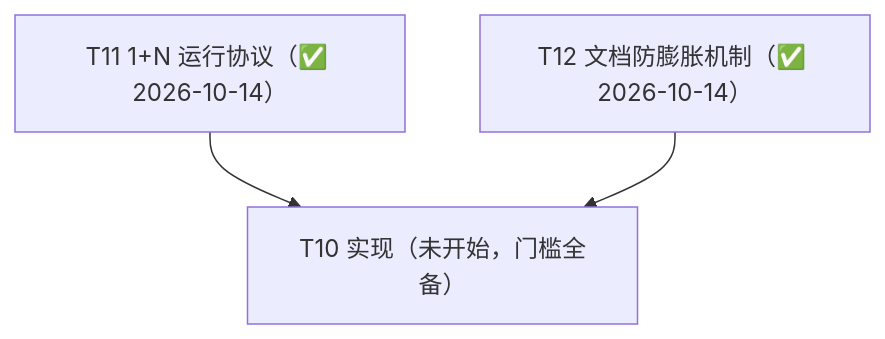
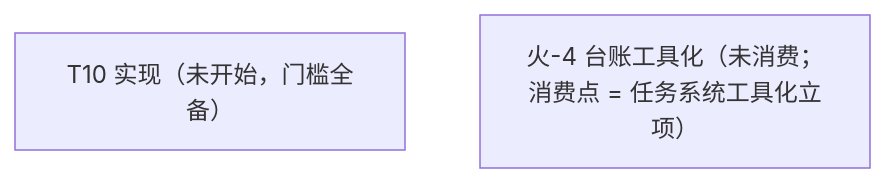
The diagram in docs/backlog.md (metis-mind/metis), drawn with Mermaid before and after one commit. The commit also changed other lines of this file and 2 other files, not shown here.

First line of the commit message:
docs(process): converge backlog closeouts out, sparks onto graph

````diff
--- a/docs/backlog.md
+++ b/docs/backlog.md
@@ -18,5 +20,5 @@
 ```mermaid
 graph TD
-    T11["T11 1+N 运行协议（✅ 2026-10-14）"] --> T10["T10 实现（未开始，门槛全备）"]
-    T12["T12 文档防膨胀机制（✅ 2026-10-14）"] --> T10
+    T10["T10 实现（未开始，门槛全备）"]
+    S4["火-4 台账工具化（未消费；消费点 = 任务系统工具化立项）"]
 ```
````
